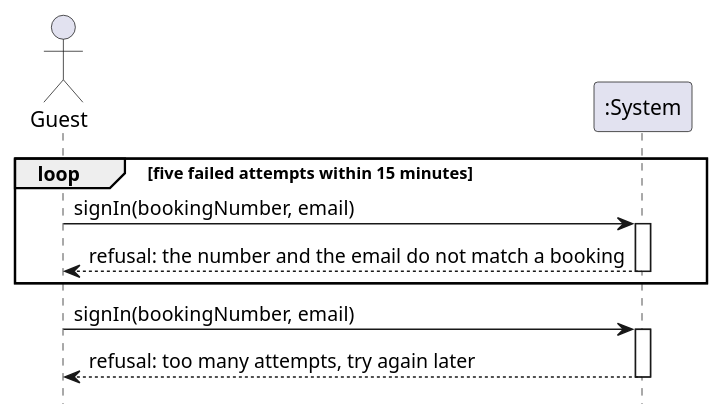
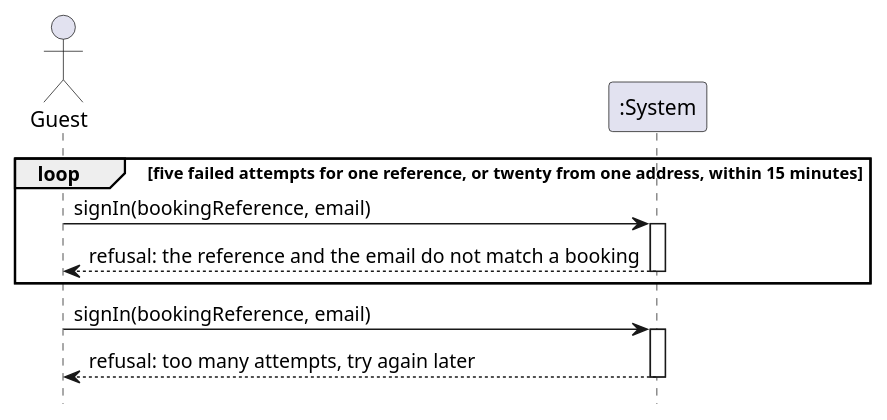
Before and after one commit to NF-Hotel/NFHotel: the second of 2 diagrams in docs/use-cases/uc-010/ssd.md, drawn with PlantUML. The commit also changed other lines of this file and 25 other files, not shown here.

````diff
--- a/docs/use-cases/uc-010/ssd.md
+++ b/docs/use-cases/uc-010/ssd.md
@@ -60,19 +61,19 @@
 ```plantuml
 @startuml
 hide footbox
 actor "Guest" as Guest
 participant ":System" as System
 
-loop five failed attempts within 15 minutes
-  Guest -> System : signIn(bookingNumber, email)
+loop five failed attempts for one reference, or twenty from one address, within 15 minutes
+  Guest -> System : signIn(bookingReference, email)
   activate System
-  System --> Guest : refusal: the number and the email do not match a booking
+  System --> Guest : refusal: the reference and the email do not match a booking
   deactivate System
 end
 
-Guest -> System : signIn(bookingNumber, email)
+Guest -> System : signIn(bookingReference, email)
 activate System
 System --> Guest : refusal: too many attempts, try again later
 deactivate System
 @enduml
 ```
````
